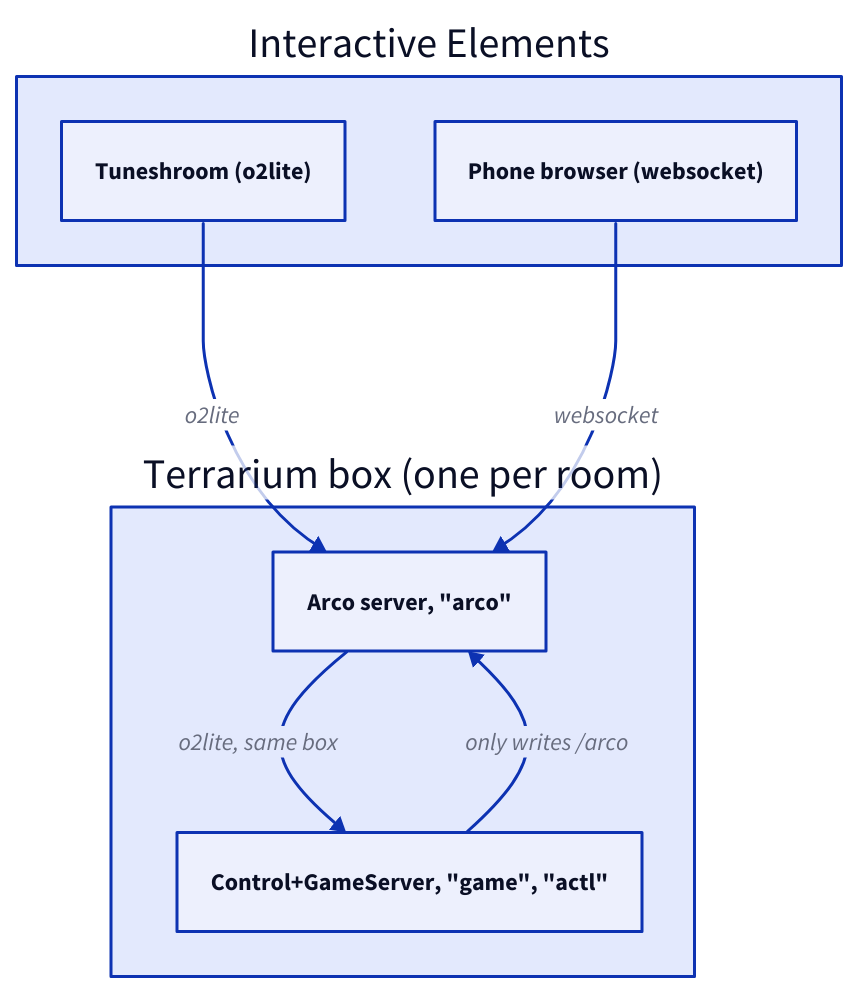
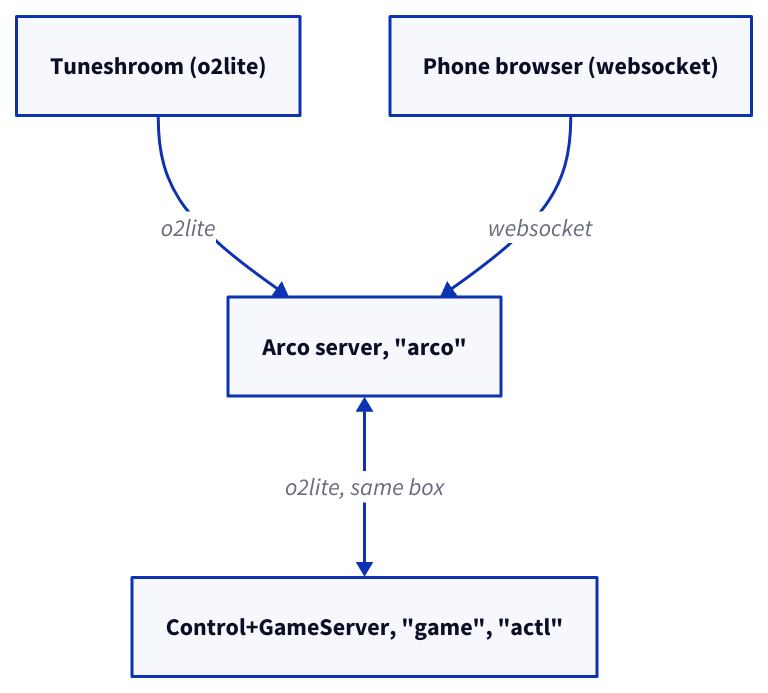
The diagram in docs/diagrams/topology.d2 (Musical-Mycology/mm-terrarium), drawn with D2 before and after one commit. The commit also changed 4 other files, not shown here.

First line of the commit message:
fix(diagrams): correct topology arrow direction, restore deleted facts, shrink diagram

```diff
--- a/docs/diagrams/topology.d2
+++ b/docs/diagrams/topology.d2
@@ -1,16 +1,10 @@
 direction: down
 
-devices: Interactive Elements {
-  shroom: Tuneshroom (o2lite)
-  phone: Phone browser (websocket)
-}
+shroom: Tuneshroom (o2lite)
+phone: Phone browser (websocket)
+arco: Arco server, "arco"
+control: Control+GameServer, "game", "actl"
 
-box: Terrarium box (one per room) {
-  arco: Arco server, "arco"
-  control: Control+GameServer, "game", "actl"
-}
-
-devices.shroom -> box.arco: o2lite
-devices.phone -> box.arco: websocket
-box.arco -> box.control: o2lite, same box
-box.control -> box.arco: only writes /arco
+shroom -> arco: o2lite
+phone -> arco: websocket
+arco <-> control: o2lite, same box
```
